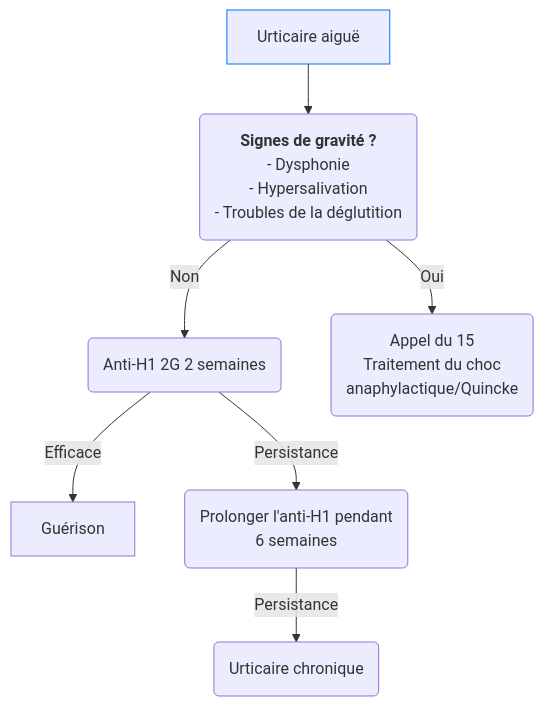
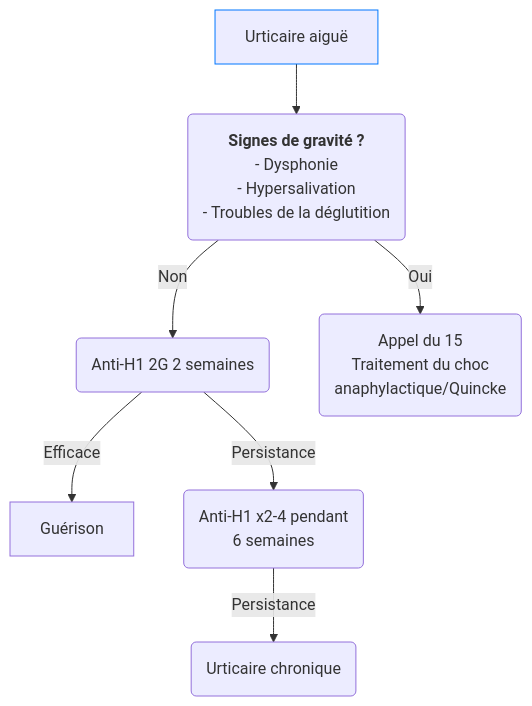
The first of 2 diagrams in content/recommandations/urticaire.md (djibe/recommandations-medicales), drawn with Mermaid before and after one commit. The commit also changed other lines of this file and 8 other files, not shown here.

```diff
--- a/content/recommandations/urticaire.md
+++ b/content/recommandations/urticaire.md
@@ -322,9 +322,9 @@
 {{< mermaid >}}
 graph TB
   UA["Urticaire aiguë"] --> gravite("<b>Signes de gravité ?</b><br>- Dysphonie<br>- Hypersalivation<br>- Troubles de la déglutition")
   style UA stroke:#0077ff, stroke-width:1px
     gravite -- Non --> tttUA("Anti-H1 2G 2 semaines")
       tttUA -- Efficace --> Guérison
-      tttUA -- Persistance --> prolongation("Prolonger l'anti-H1 pendant<br>6 semaines") -- Persistance --> UC(Urticaire chronique)
+      tttUA -- Persistance --> prolongation("Anti-H1 x2-4 pendant<br>6 semaines") -- Persistance --> UC(Urticaire chronique)
     gravite -- Oui --> urgence("Appel du 15<br>Traitement du choc<br>anaphylactique/Quincke")
 {{< /mermaid >}}
```
